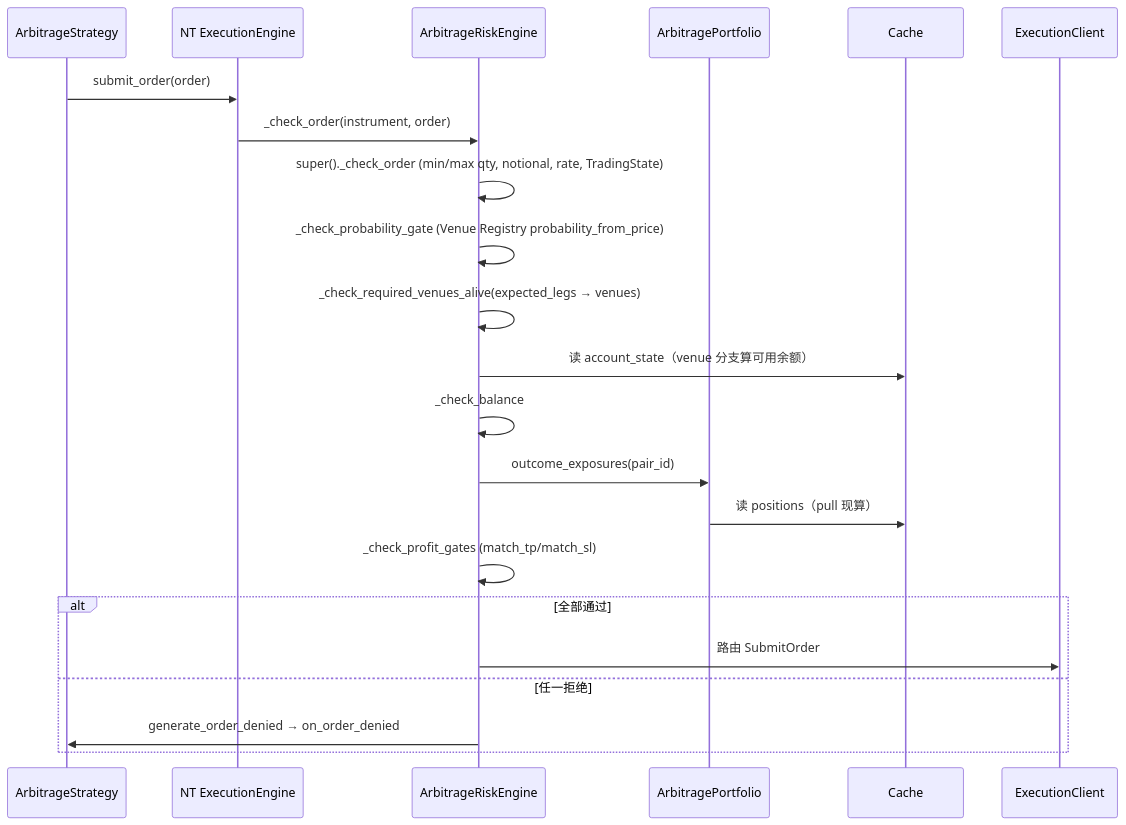
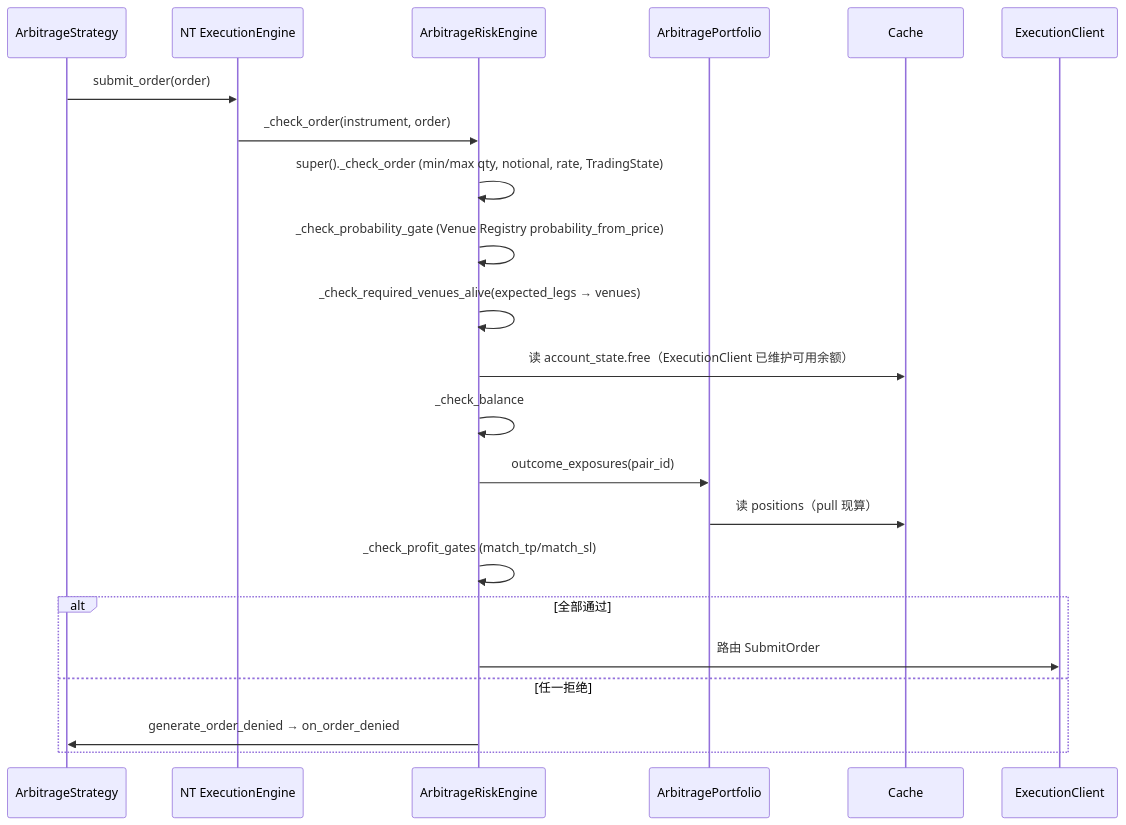
Before and after one commit to psnewer/nautilus_trader: the third of 3 diagrams in docs/arbitrage/architectures/risk/architecture.md, drawn with Mermaid. The commit also changed other lines of this file and 14 other files, not shown here.

````diff
--- a/docs/arbitrage/architectures/risk/architecture.md
+++ b/docs/arbitrage/architectures/risk/architecture.md
@@ -311,25 +314,25 @@
 ```mermaid
 sequenceDiagram
   participant ST as ArbitrageStrategy
   participant EE as NT ExecutionEngine
   participant RE as ArbitrageRiskEngine
   participant AP as ArbitragePortfolio
   participant C as Cache
   participant EC as ExecutionClient
 
   ST->>EE: submit_order(order)
   EE->>RE: _check_order(instrument, order)
   RE->>RE: super()._check_order  (min/max qty, notional, rate, TradingState)
   RE->>RE: _check_probability_gate (Venue Registry probability_from_price)
   RE->>RE: _check_required_venues_alive(expected_legs → venues)
-  RE->>C: 读 account_state（venue 分支算可用余额）
+  RE->>C: 读 account_state.free（ExecutionClient 已维护可用余额）
   RE->>RE: _check_balance
   RE->>AP: outcome_exposures(pair_id)
   AP->>C: 读 positions（pull 现算）
   RE->>RE: _check_profit_gates (match_tp/match_sl)
   alt 全部通过
     RE->>EC: 路由 SubmitOrder
   else 任一拒绝
     RE->>ST: generate_order_denied → on_order_denied
   end
 ```
````
